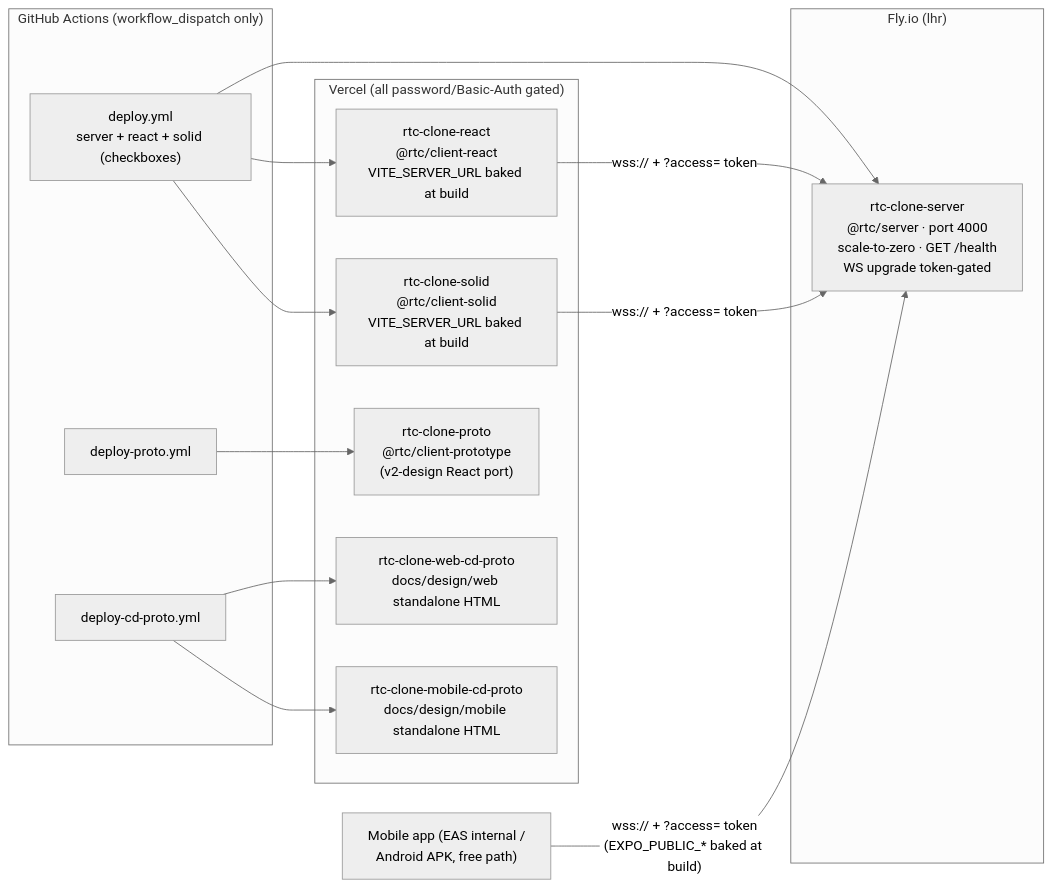
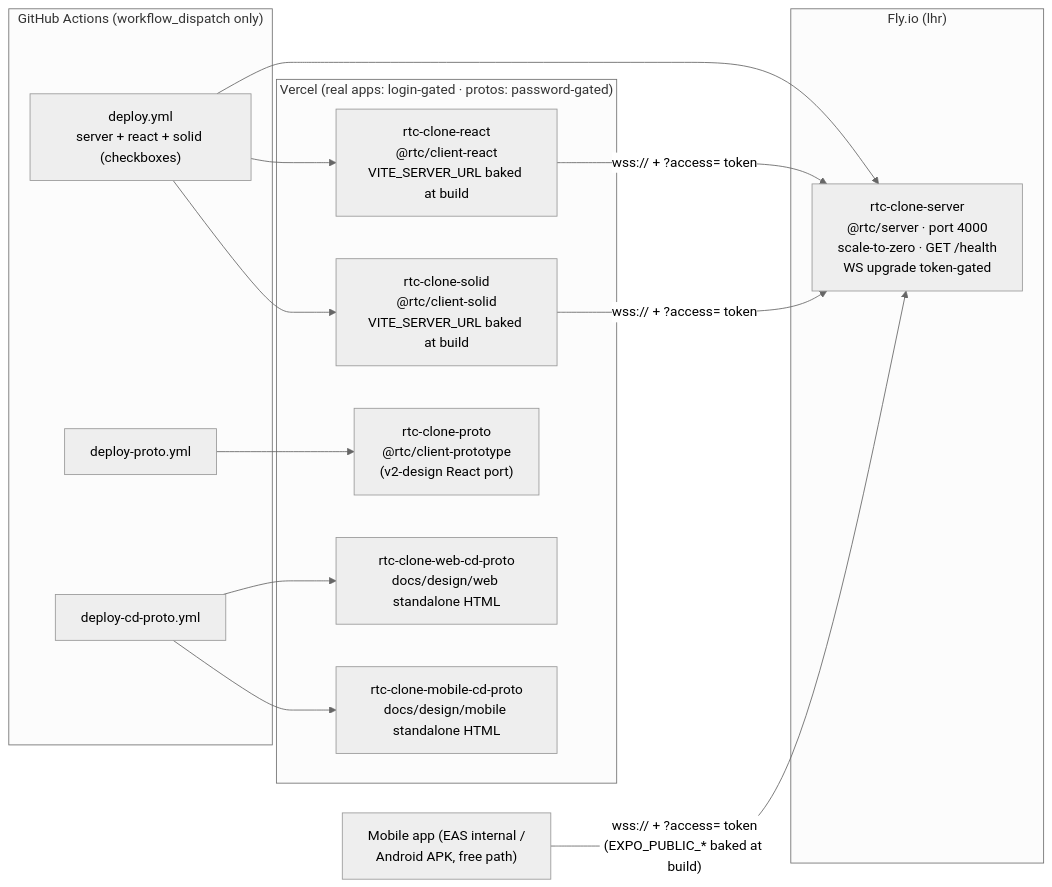
The fifth of 5 diagrams in docs/architecture/07-communication-patterns.md (bettersoftware-io/ReactiveTraderCloudClone), drawn with Mermaid (neutral theme) before and after one commit.

Commit message:
docs(deploy): correct stale Vercel subgraph gating label in arch diagram
The real client apps gate via per-user /login, not an edge password/Basic-Auth
wall (only the proto nodes are SITE_PASSWORD-gated); relabel to match the
login-gated wording used elsewhere in this change.

Claude-Session: https://claude.ai/code/session_01FSBT2hKxdjSPc1dY1tTxux

````diff
--- a/docs/architecture/07-communication-patterns.md
+++ b/docs/architecture/07-communication-patterns.md
@@ -200,32 +200,32 @@
 ```mermaid
 flowchart LR
     subgraph GH["GitHub Actions (workflow_dispatch only)"]
         d1["deploy.yml<br/>server + react + solid (checkboxes)"]
         d2["deploy-proto.yml"]
         d3["deploy-cd-proto.yml"]
     end
 
     subgraph Fly["Fly.io (lhr)"]
         srv["rtc-clone-server<br/>@rtc/server · port 4000<br/>scale-to-zero · GET /health<br/>WS upgrade token-gated"]
     end
 
-    subgraph Vercel["Vercel (all password/Basic-Auth gated)"]
+    subgraph Vercel["Vercel (real apps: login-gated · protos: password-gated)"]
         v1["rtc-clone-react<br/>@rtc/client-react<br/>VITE_SERVER_URL baked at build"]
         v1s["rtc-clone-solid<br/>@rtc/client-solid<br/>VITE_SERVER_URL baked at build"]
         v2["rtc-clone-proto<br/>@rtc/client-prototype<br/>(v2-design React port)"]
         v3["rtc-clone-web-cd-proto<br/>docs/design/web standalone HTML"]
         v4["rtc-clone-mobile-cd-proto<br/>docs/design/mobile standalone HTML"]
     end
 
     mob["Mobile app (EAS internal /<br/>Android APK, free path)"]
 
     d1 --> srv
     d1 --> v1
     d1 --> v1s
     d2 --> v2
     d3 --> v3
     d3 --> v4
     v1 -->|"wss:// + ?access= token"| srv
     v1s -->|"wss:// + ?access= token"| srv
     mob -->|"wss:// + ?access= token<br/>(EXPO_PUBLIC_* baked at build)"| srv
 ```
````
